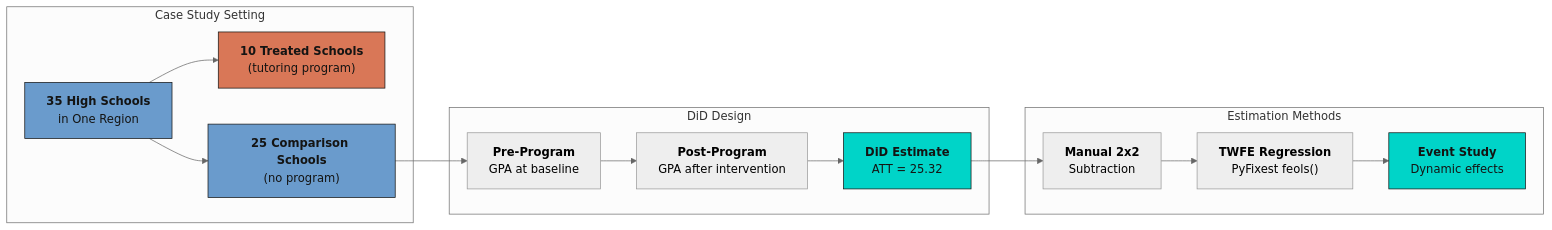
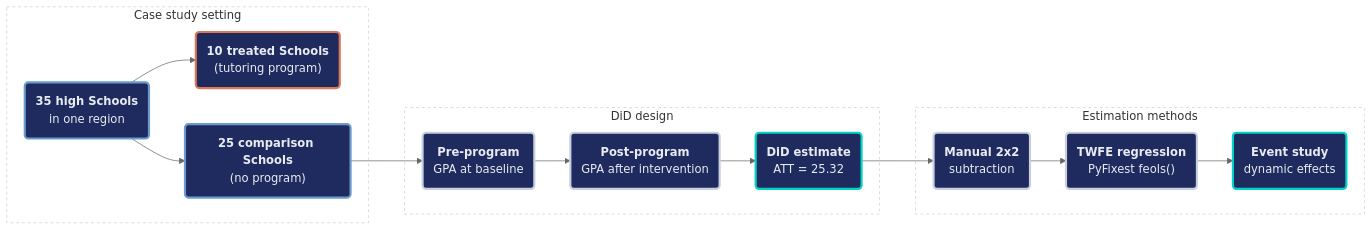
Before and after one commit to cmg777/starter-academic-v501: the diagram in content/post/python_did101/index.md, drawn with Mermaid (neutral theme). The commit also changed 16 other files, not shown here.

First line of the commit message:
content(mermaid): restyle flowcharts in Python posts, batch 1 of 2

````diff
--- a/content/post/python_did101/index.md
+++ b/content/post/python_did101/index.md
@@ -95,33 +95,38 @@
 ```mermaid
 graph LR
-    subgraph "Case Study Setting"
-    A["<b>35 High Schools</b><br/>in One Region"]
-    B["<b>10 Treated Schools</b><br/>(tutoring program)"]
-    C["<b>25 Comparison Schools</b><br/>(no program)"]
+    subgraph SG1["Case study setting"]
+    A("<b>35 high Schools</b><br/>in one region")
+    B("<b>10 treated Schools</b><br/>(tutoring program)")
+    C("<b>25 comparison Schools</b><br/>(no program)")
     A --> B
     A --> C
     end
 
-    subgraph "DiD Design"
-    D["<b>Pre-Program</b><br/>GPA at baseline"]
-    E["<b>Post-Program</b><br/>GPA after intervention"]
-    F["<b>DiD Estimate</b><br/>ATT = 25.32"]
+    subgraph SG2["DiD design"]
+    D("<b>Pre-program</b><br/>GPA at baseline")
+    E("<b>Post-program</b><br/>GPA after intervention")
+    F("<b>DiD estimate</b><br/>ATT = 25.32")
     D --> E --> F
     end
 
-    subgraph "Estimation Methods"
-    G["<b>Manual 2x2</b><br/>Subtraction"]
-    H["<b>TWFE Regression</b><br/>PyFixest feols()"]
-    I["<b>Event Study</b><br/>Dynamic effects"]
+    subgraph SG3["Estimation methods"]
+    G("<b>Manual 2x2</b><br/>subtraction")
+    H("<b>TWFE regression</b><br/>PyFixest feols()")
+    I("<b>Event study</b><br/>dynamic effects")
     G --> H --> I
     end
 
     C --> D
     F --> G
-
-    style A fill:#6a9bcc,stroke:#141413,color:#141413
-    style B fill:#d97757,stroke:#141413,color:#141413
-    style C fill:#6a9bcc,stroke:#141413,color:#141413
-    style F fill:#00d4c8,stroke:#141413,color:#141413
-    style I fill:#00d4c8,stroke:#141413,color:#141413
+    style SG1 fill:none,stroke:#c8d0e0,stroke-width:1px,stroke-dasharray:4 4
+    style SG2 fill:none,stroke:#c8d0e0,stroke-width:1px,stroke-dasharray:4 4
+    style SG3 fill:none,stroke:#c8d0e0,stroke-width:1px,stroke-dasharray:4 4
+    classDef blue fill:#1f2b5e,stroke:#6a9bcc,stroke-width:3px,color:#e8ecf2
+    classDef orange fill:#1f2b5e,stroke:#d97757,stroke-width:3px,color:#e8ecf2
+    classDef gray fill:#1f2b5e,stroke:#c8d0e0,stroke-width:3px,color:#e8ecf2
+    classDef teal fill:#1f2b5e,stroke:#00d4c8,stroke-width:3px,color:#e8ecf2
+    class A,C blue
+    class B orange
+    class D,E,G,H gray
+    class F,I teal
 ```
````
